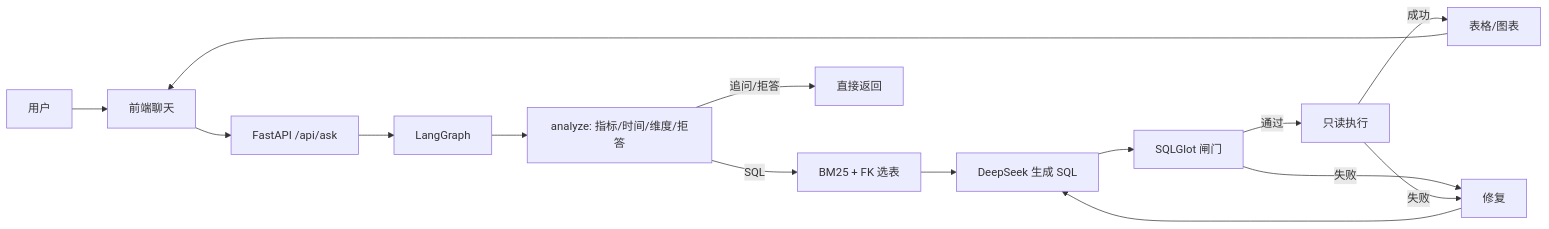
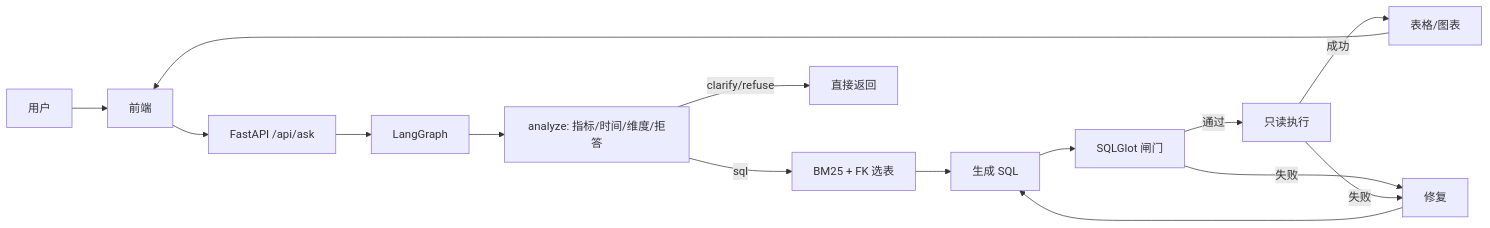
The diagram in README.md (AikingChoice/askdata-agent), drawn with Mermaid before and after one commit. The commit also changed other lines of this file, not shown here.

````diff
--- a/README.md
+++ b/README.md
@@ -36,17 +21,17 @@
 ```mermaid
 flowchart LR
-    U[用户] --> UI[前端聊天]
+    U[用户] --> UI[前端]
     UI --> API[FastAPI /api/ask]
     API --> G[LangGraph]
     G --> A[analyze: 指标/时间/维度/拒答]
-    A -->|SQL| R[BM25 + FK 选表]
-    A -->|追问/拒答| E[直接返回]
-    R --> S[DeepSeek 生成 SQL]
+    A -->|sql| R[BM25 + FK 选表]
+    A -->|clarify/refuse| E[直接返回]
+    R --> S[生成 SQL]
     S --> Q[SQLGlot 闸门]
     Q -->|通过| X[只读执行]
     Q -->|失败| P[修复]
     X -->|成功| T[表格/图表]
     X -->|失败| P
     P --> S
     T --> UI
 ```
````
